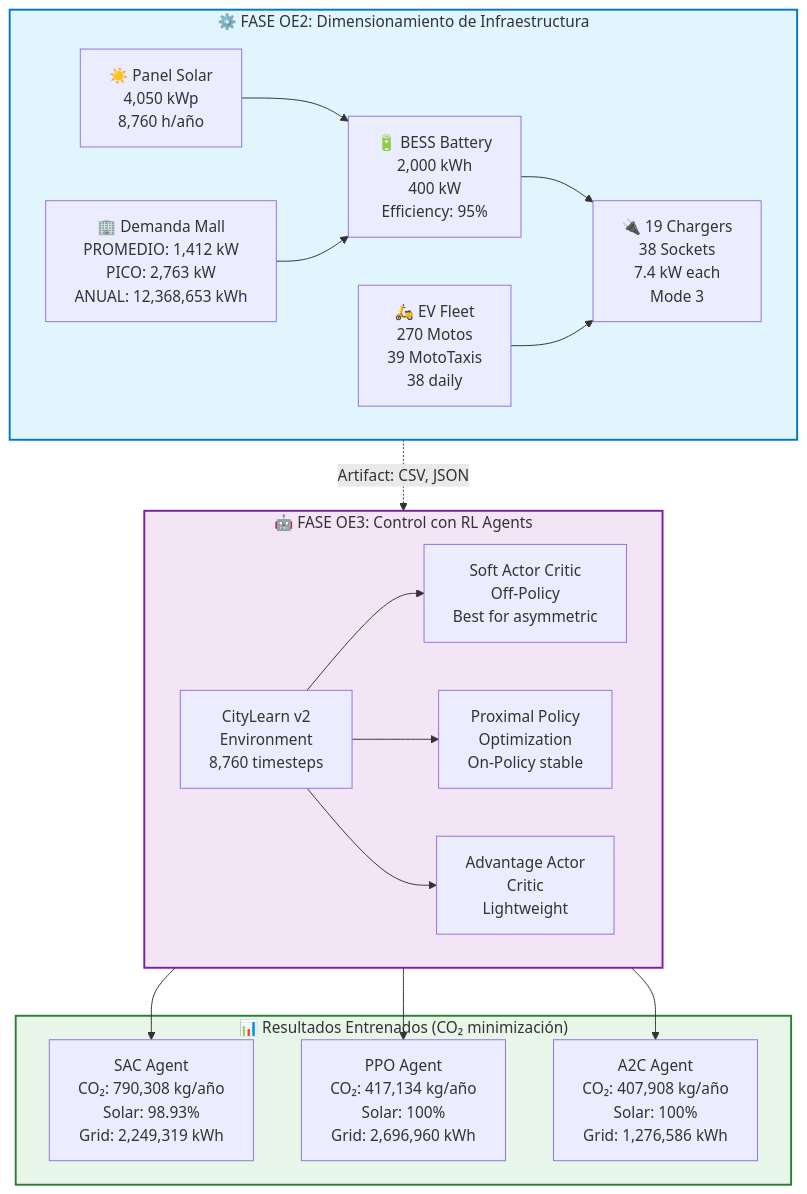
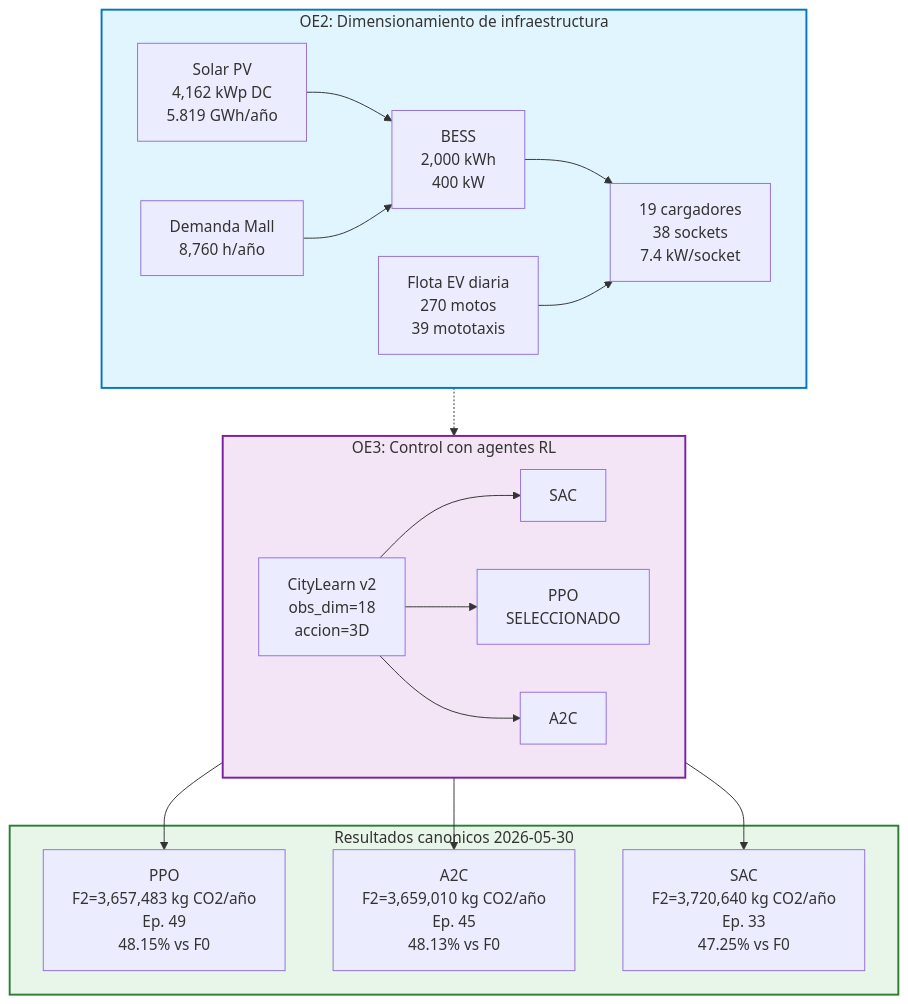
One commit to Mac-Tapia/dise-opvbesscar changed the diagram in reports/01_ARQUITECTURA_PROYECTO.mmd. Above: the diagram before and after it, drawn with Mermaid. The commit also changed 61 other files, not shown here.

```diff
--- a/reports/01_ARQUITECTURA_PROYECTO.mmd
+++ b/reports/01_ARQUITECTURA_PROYECTO.mmd
@@ -1,41 +1,41 @@
 graph TB
-    subgraph OE2["⚙️ FASE OE2: Dimensionamiento de Infraestructura"]
+    subgraph OE2["OE2: Dimensionamiento de infraestructura"]
         direction LR
-        SOL["☀️ Panel Solar<br/>4,050 kWp<br/>8,760 h/año"]
-        MALL["🏢 Demanda Mall<br/>PROMEDIO: 1,412 kW<br/>PICO: 2,763 kW<br/>ANUAL: 12,368,653 kWh"]
-        BESS["🔋 BESS Battery<br/>2,000 kWh<br/>400 kW<br/>Efficiency: 95%"]
-        CARGADORES["🔌 19 Chargers<br/>38 Sockets<br/>7.4 kW each<br/>Mode 3"]
-        EV["🛵 EV Fleet<br/>270 Motos<br/>39 MotoTaxis<br/>38 daily"]
-        
+        SOL["Solar PV<br/>4,162 kWp DC<br/>5.819 GWh/año"]
+        MALL["Demanda Mall<br/>8,760 h/año"]
+        BESS["BESS<br/>2,000 kWh<br/>400 kW"]
+        CARGADORES["19 cargadores<br/>38 sockets<br/>7.4 kW/socket"]
+        EV["Flota EV diaria<br/>270 motos<br/>39 mototaxis"]
+
         SOL --> BESS
         MALL --> BESS
         BESS --> CARGADORES
         EV --> CARGADORES
     end
-    
-    subgraph OE3["🤖 FASE OE3: Control con RL Agents"]
+
+    subgraph OE3["OE3: Control con agentes RL"]
         direction LR
-        CL["CityLearn v2<br/>Environment<br/>8,760 timesteps"]
-        SAC["Soft Actor Critic<br/>Off-Policy<br/>Best for asymmetric"]
-        PPO["Proximal Policy<br/>Optimization<br/>On-Policy stable"]
-        A2C["Advantage Actor<br/>Critic<br/>Lightweight"]
-        
+        CL["CityLearn v2<br/>obs_dim=18<br/>accion=3D"]
+        SAC["SAC"]
+        PPO["PPO<br/>SELECCIONADO"]
+        A2C["A2C"]
+
         CL --> SAC
         CL --> PPO
         CL --> A2C
     end
-    
-    subgraph RESULTADOS["📊 Resultados Entrenados (CO₂ minimización)"]
-        SAC_R["SAC Agent<br/>CO₂: 790,308 kg/año<br/>Solar: 98.93%<br/>Grid: 2,249,319 kWh"]
-        PPO_R["PPO Agent<br/>CO₂: 417,134 kg/año<br/>Solar: 100%<br/>Grid: 2,696,960 kWh"]
-        A2C_R["A2C Agent<br/>CO₂: 407,908 kg/año<br/>Solar: 100%<br/>Grid: 1,276,586 kWh"]
+
+    subgraph RESULTADOS["Resultados canonicos 2026-05-30"]
+        PPO_R["PPO<br/>F2=3,657,483 kg CO2/año<br/>Ep. 49<br/>48.15% vs F0"]
+        A2C_R["A2C<br/>F2=3,659,010 kg CO2/año<br/>Ep. 45<br/>48.13% vs F0"]
+        SAC_R["SAC<br/>F2=3,720,640 kg CO2/año<br/>Ep. 33<br/>47.25% vs F0"]
     end
-    
-    OE2 -.->|Artifact: CSV, JSON| OE3
-    SAC --> SAC_R
+
+    OE2 -.-> OE3
     PPO --> PPO_R
     A2C --> A2C_R
-    
+    SAC --> SAC_R
+
     style OE2 fill:#e1f5ff,stroke:#0277bd,stroke-width:2px
     style OE3 fill:#f3e5f5,stroke:#7b1fa2,stroke-width:2px
     style RESULTADOS fill:#e8f5e9,stroke:#2e7d32,stroke-width:2px
```
